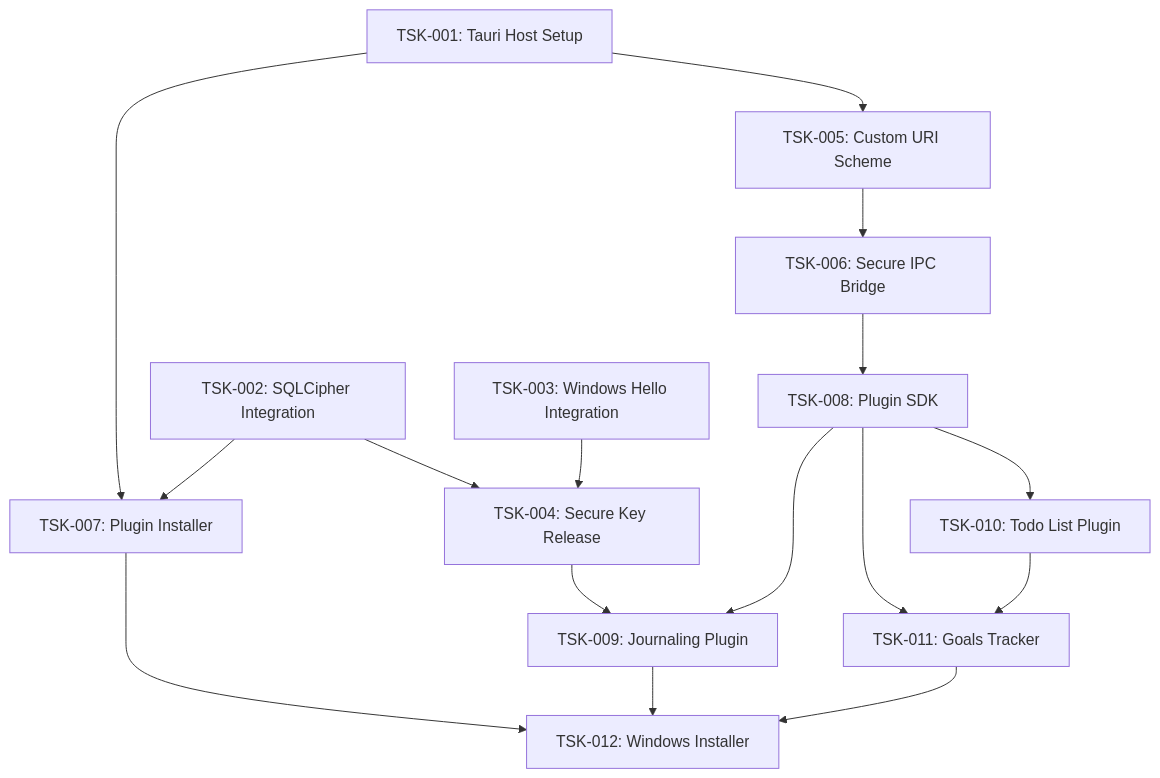
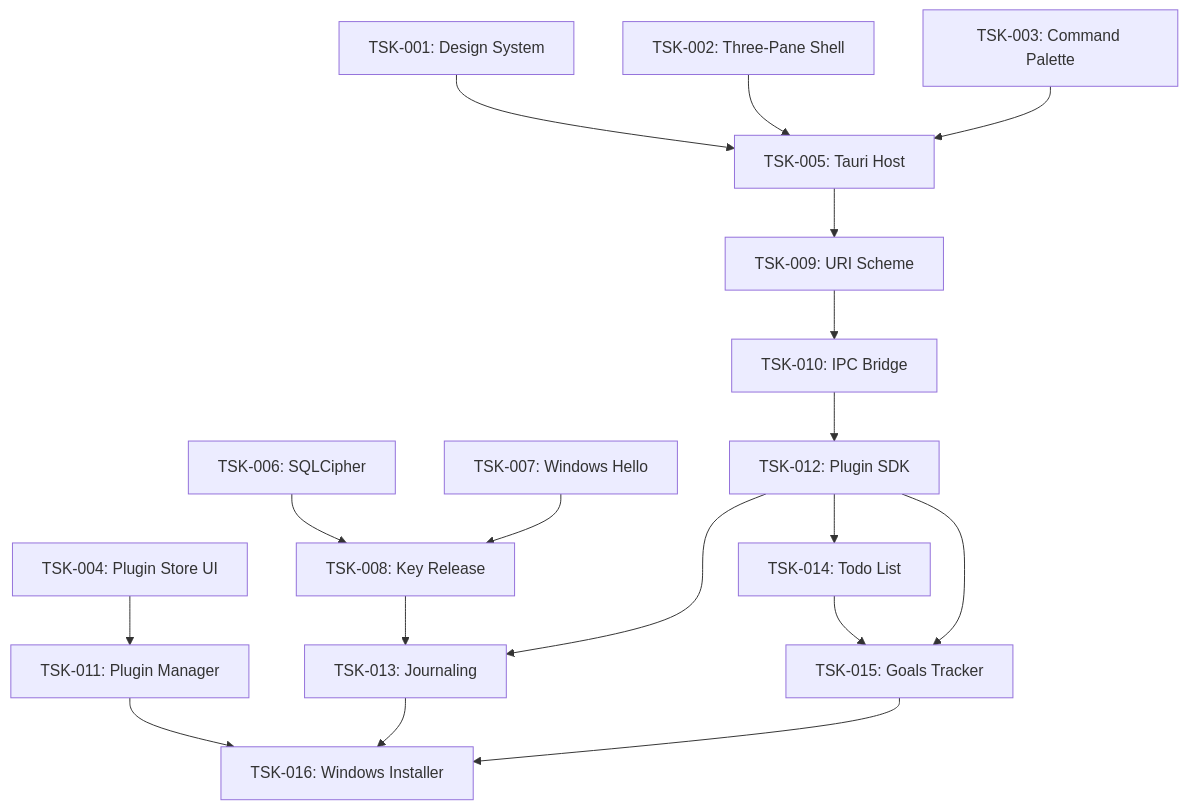
The diagram in docs/aidlc-docs/inception/tech_spec.md (RadioMan18/aether-app-plugins), drawn with Mermaid before and after one commit. The commit also changed other lines of this file and 27 other files, not shown here.

Commit message:
feat: complete TSK-001 design system foundation

````diff
--- a/docs/aidlc-docs/inception/tech_spec.md
+++ b/docs/aidlc-docs/inception/tech_spec.md
@@ -47,18 +47,20 @@
 ```mermaid
 graph TD
-    TSK-001[TSK-001: Tauri Host Setup] --> TSK-005[TSK-005: Custom URI Scheme]
-    TSK-001 --> TSK-007[TSK-007: Plugin Installer]
-    TSK-002[TSK-002: SQLCipher Integration] --> TSK-004[TSK-004: Secure Key Release]
-    TSK-002 --> TSK-007
-    TSK-003[TSK-003: Windows Hello Integration] --> TSK-004
-    TSK-005 --> TSK-006[TSK-006: Secure IPC Bridge]
-    TSK-006 --> TSK-008[TSK-008: Plugin SDK]
-    TSK-004 --> TSK-009[TSK-009: Journaling Plugin]
-    TSK-008 --> TSK-009
-    TSK-008 --> TSK-010[TSK-010: Todo List Plugin]
-    TSK-008 --> TSK-011[TSK-011: Goals Tracker]
-    TSK-010 --> TSK-011
-    TSK-007 --> TSK-012[TSK-012: Windows Installer]
-    TSK-009 --> TSK-012
-    TSK-011 --> TSK-012
+    TSK-001[TSK-001: Design System] --> TSK-005[TSK-005: Tauri Host]
+    TSK-002[TSK-002: Three-Pane Shell] --> TSK-005
+    TSK-003[TSK-003: Command Palette] --> TSK-005
+    TSK-004[TSK-004: Plugin Store UI] --> TSK-011[TSK-011: Plugin Manager]
+    TSK-005 --> TSK-009[TSK-009: URI Scheme]
+    TSK-006[TSK-006: SQLCipher] --> TSK-008[TSK-008: Key Release]
+    TSK-007[TSK-007: Windows Hello] --> TSK-008
+    TSK-009 --> TSK-010[TSK-010: IPC Bridge]
+    TSK-010 --> TSK-012[TSK-012: Plugin SDK]
+    TSK-008 --> TSK-013[TSK-013: Journaling]
+    TSK-012 --> TSK-013
+    TSK-012 --> TSK-014[TSK-014: Todo List]
+    TSK-014 --> TSK-015[TSK-015: Goals Tracker]
+    TSK-012 --> TSK-015
+    TSK-011 --> TSK-016[TSK-016: Windows Installer]
+    TSK-013 --> TSK-016
+    TSK-015 --> TSK-016
 ```
````
